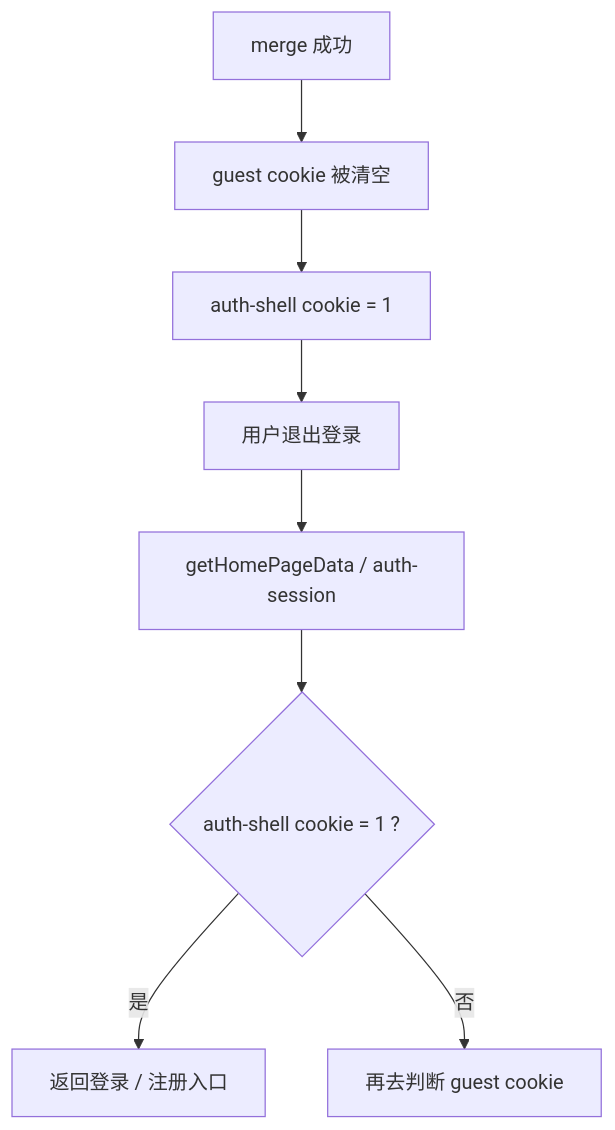
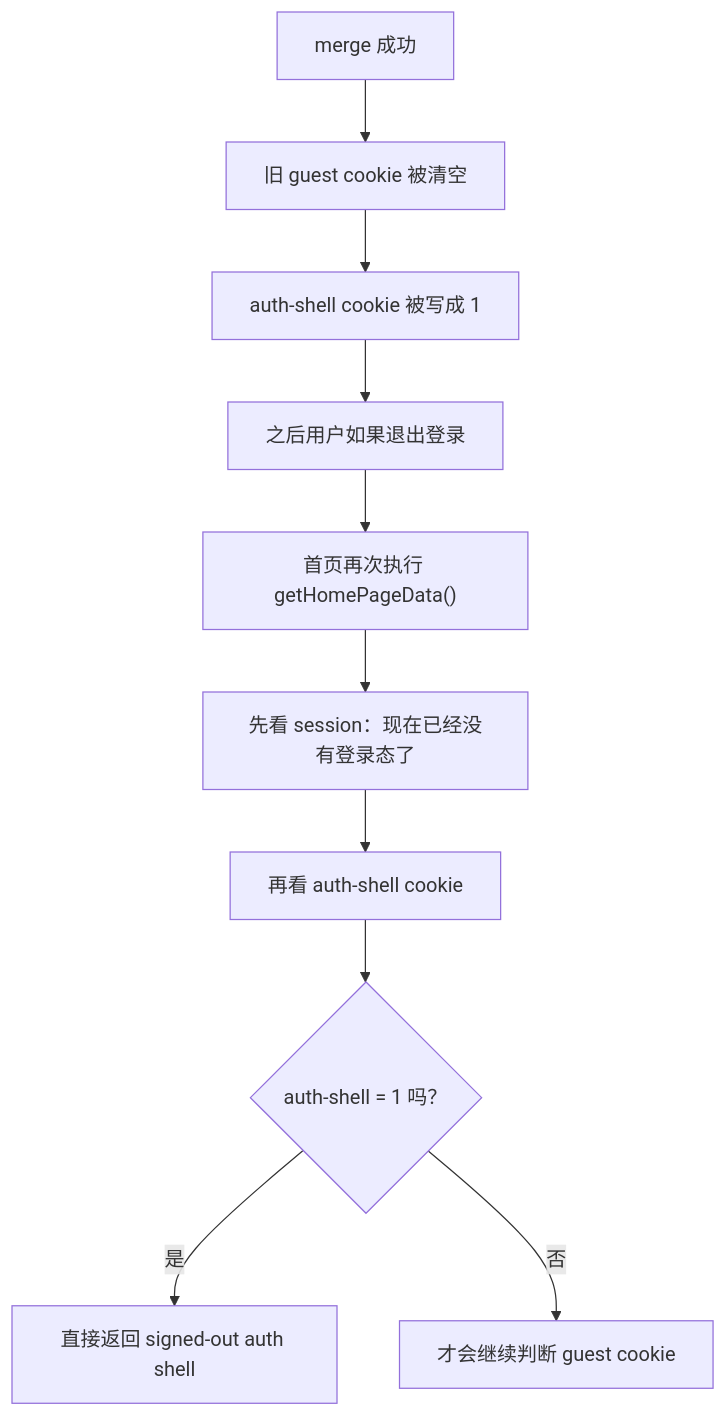
The third of 3 diagrams in docs/superpowers/specs/2026-04-09-guest-history-merge-learning.md (xieminwyc/ai-chat), drawn with Mermaid before and after one commit. The commit also changed other lines of this file and 1 other file, not shown here.

Commit message:
Clarify guest merge docs and tidy verify email page

````diff
--- a/docs/superpowers/specs/2026-04-09-guest-history-merge-learning.md
+++ b/docs/superpowers/specs/2026-04-09-guest-history-merge-learning.md
@@ -280,10 +316,12 @@
 ```mermaid
 flowchart TD
-  A["merge 成功"] --> B["guest cookie 被清空"]
-  B --> C["auth-shell cookie = 1"]
-  C --> D["用户退出登录"]
-  D --> E["getHomePageData / auth-session"]
-  E --> F{"auth-shell cookie = 1 ?"}
-  F -- 是 --> G["返回登录 / 注册入口"]
-  F -- 否 --> H["再去判断 guest cookie"]
+  A["merge 成功"] --> B["旧 guest cookie 被清空"]
+  B --> C["auth-shell cookie 被写成 1"]
+  C --> D["之后用户如果退出登录"]
+  D --> E["首页再次执行 getHomePageData()"]
+  E --> F["先看 session：现在已经没有登录态了"]
+  F --> G["再看 auth-shell cookie"]
+  G --> H{"auth-shell = 1 吗？"}
+  H -- 是 --> I["直接返回 signed-out auth shell"]
+  H -- 否 --> J["才会继续判断 guest cookie"]
 ```
````
